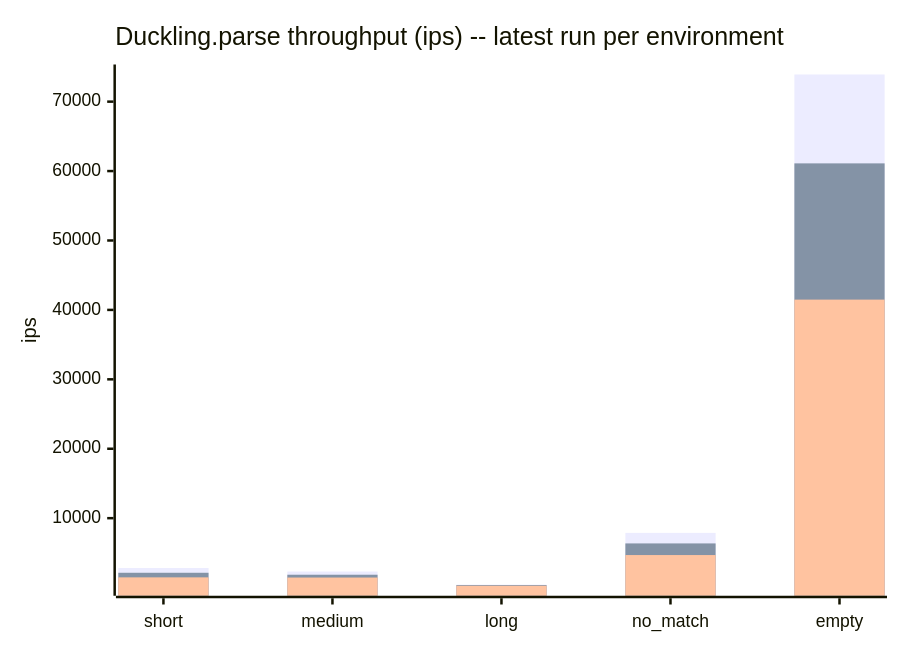
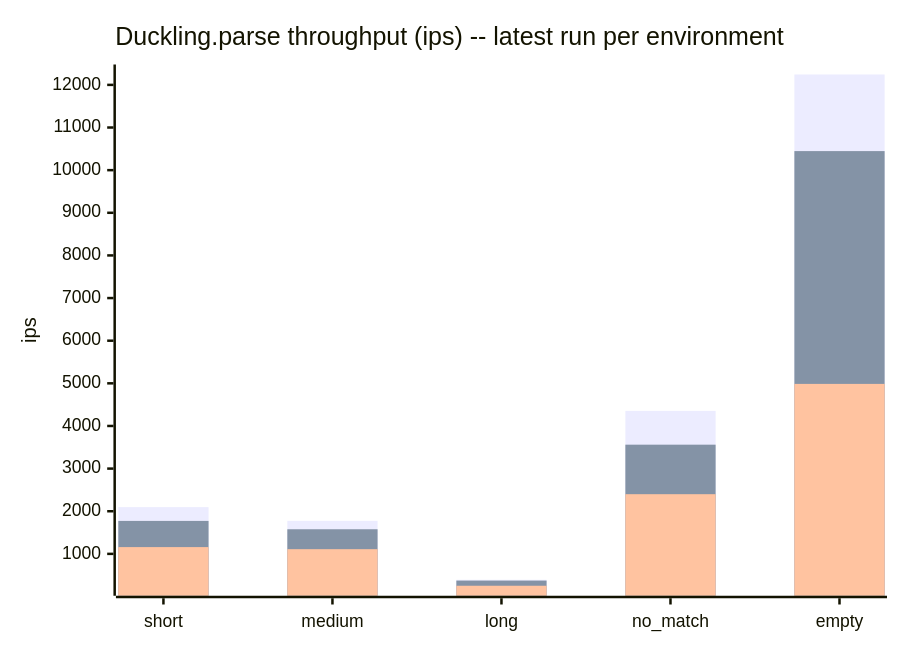
One commit to cpb/duckling changed the fourth of 5 diagrams in docs/benchmarks/README.md. Above: the diagram before and after it, drawn with Mermaid. The commit also changed other lines of this file and 20 other files, not shown here.

````diff
--- a/docs/benchmarks/README.md
+++ b/docs/benchmarks/README.md
@@ -67,9 +133,9 @@
 ```mermaid
 xychart-beta
     title "Duckling.parse throughput (ips) -- latest run per environment"
     x-axis [short, medium, long, no_match, empty]
     y-axis "ips"
-    bar "github-actions" [2820.1, 2314.0, 421.7, 7877.8, 73909.9]
-    bar "claude-code-web" [2135.1, 1852.3, 366.0, 6362.9, 61108.3]
-    bar "local" [1474.4, 1448.1, 265.1, 4686.9, 41481.2]
+    bar "github-actions" [2096.8, 1775.4, 391.8, 4353.6, 12243.5]
+    bar "claude-code-web" [1773.1, 1577.3, 373.4, 3561.1, 10446.8]
+    bar "local" [1159.0, 1110.2, 252.3, 2399.9, 4986.6]
 ```
````
